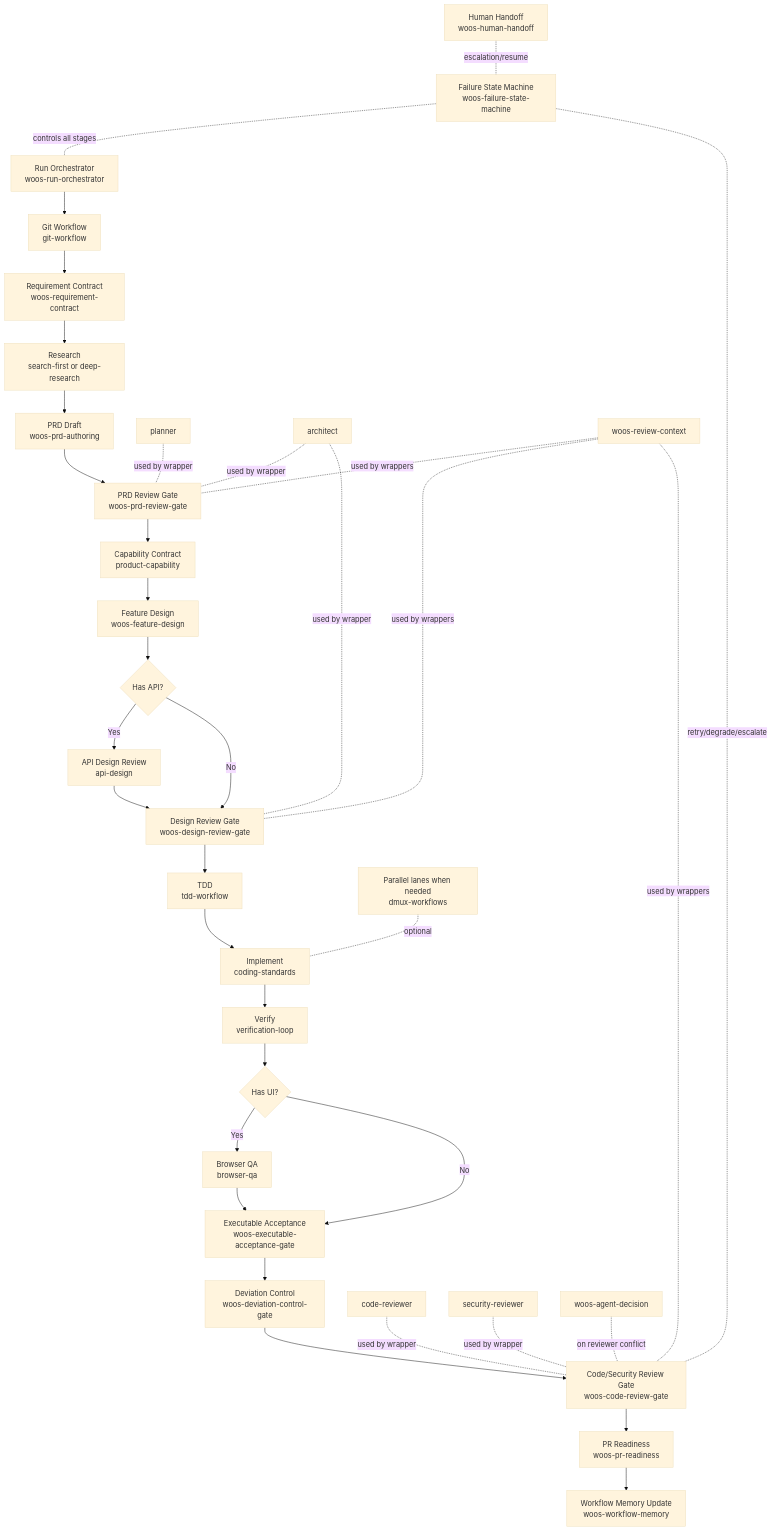
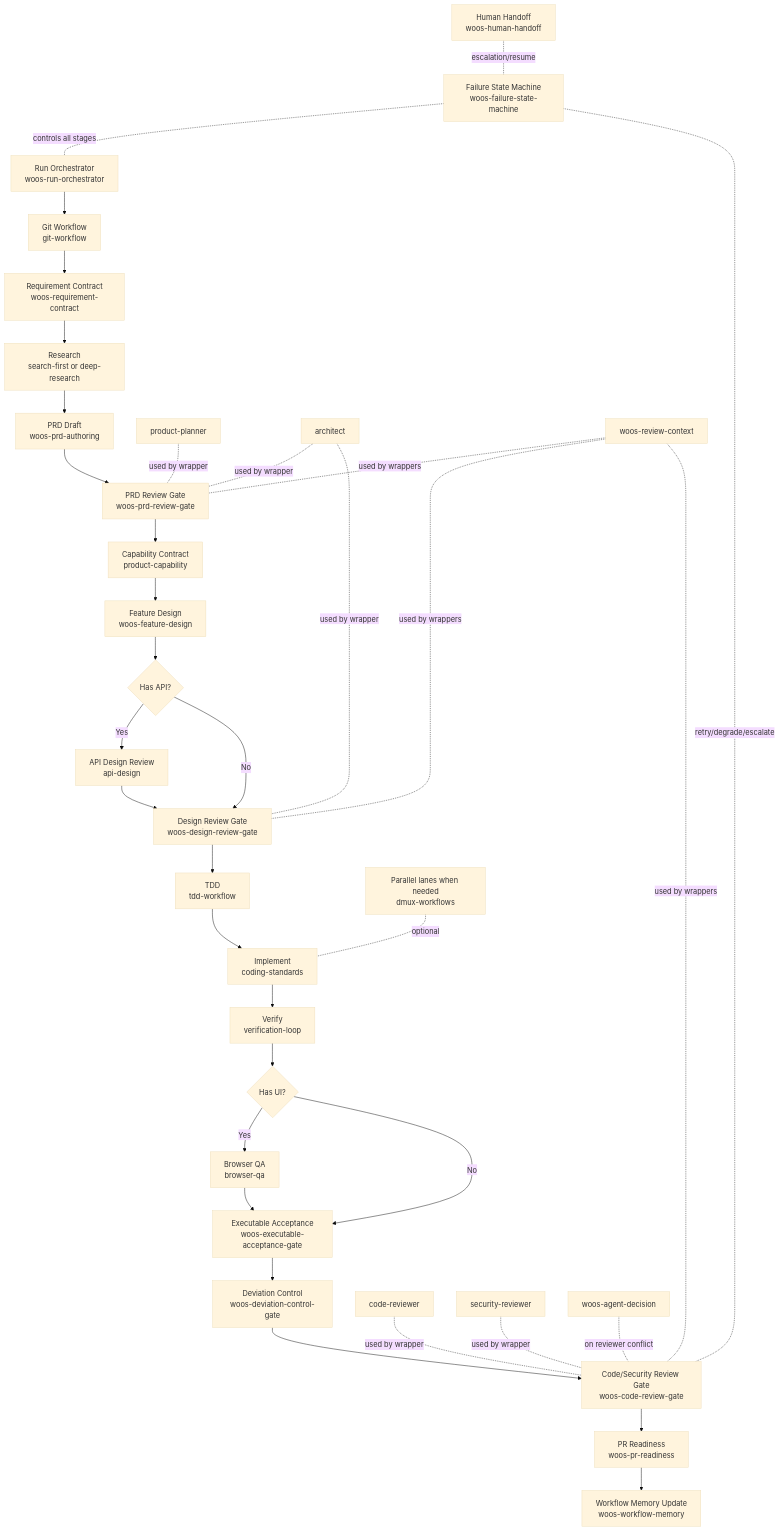
Before and after one commit to zero-click/hermes-ecc-profile: the diagram in README.md, drawn with Mermaid (base theme). The commit also changed other lines of this file and 12 other files, not shown here.

Commit message:
enforce all reviews must be a subagent for prd and feature review, it must be product planner instead of just planner

````diff
--- a/README.md
+++ b/README.md
@@ -19,40 +19,40 @@
 ```mermaid
 flowchart TD
   A[Run Orchestrator<br/>woos-run-orchestrator] --> B[Git Workflow<br/>git-workflow]
   B --> C[Requirement Contract<br/>woos-requirement-contract]
   C --> D[Research<br/>search-first or deep-research]
   D --> E[PRD Draft<br/>woos-prd-authoring]
   E --> F[PRD Review Gate<br/>woos-prd-review-gate]
   F --> G[Capability Contract<br/>product-capability]
   G --> H[Feature Design<br/>woos-feature-design]
   H --> H1{Has API?}
   H1 -->|Yes| H2[API Design Review<br/>api-design]
   H1 -->|No| I
   H2 --> I[Design Review Gate<br/>woos-design-review-gate]
   I --> J[TDD<br/>tdd-workflow]
   J --> K[Implement<br/>coding-standards]
   K --> L[Verify<br/>verification-loop]
   L --> L1{Has UI?}
   L1 -->|Yes| L2[Browser QA<br/>browser-qa]
   L1 -->|No| M
   L2 --> M[Executable Acceptance<br/>woos-executable-acceptance-gate]
   M --> N[Deviation Control<br/>woos-deviation-control-gate]
   N --> O[Code/Security Review Gate<br/>woos-code-review-gate]
   O --> P[PR Readiness<br/>woos-pr-readiness]
   P --> Q[Workflow Memory Update<br/>woos-workflow-memory]
 
   R[Failure State Machine<br/>woos-failure-state-machine] -.controls all stages.- A
   R -.retry/degrade/escalate.- O
   S[Human Handoff<br/>woos-human-handoff] -.escalation/resume.- R
   T[Parallel lanes when needed<br/>dmux-workflows] -.optional.- K
 
-  U[planner] -.used by wrapper.- F
+  U[product-planner] -.used by wrapper.- F
   V[architect] -.used by wrapper.- F
   V -.used by wrapper.- I
   Y[woos-review-context] -.used by wrappers.- F
   Y -.used by wrappers.- I
   Y -.used by wrappers.- O
   W[code-reviewer] -.used by wrapper.- O
   X[security-reviewer] -.used by wrapper.- O
   Z[woos-agent-decision] -.on reviewer conflict.- O
 ```
````
